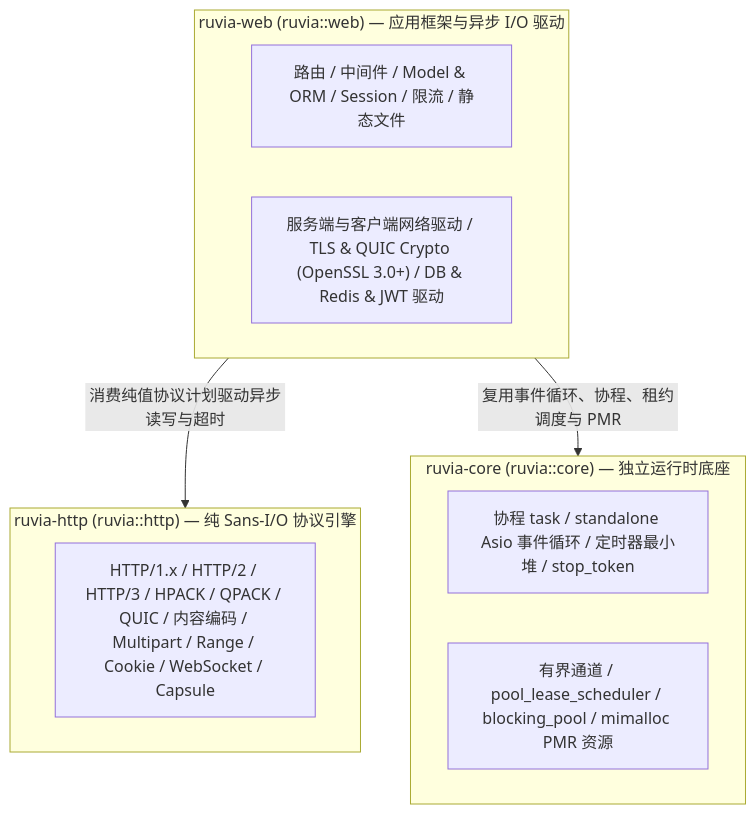
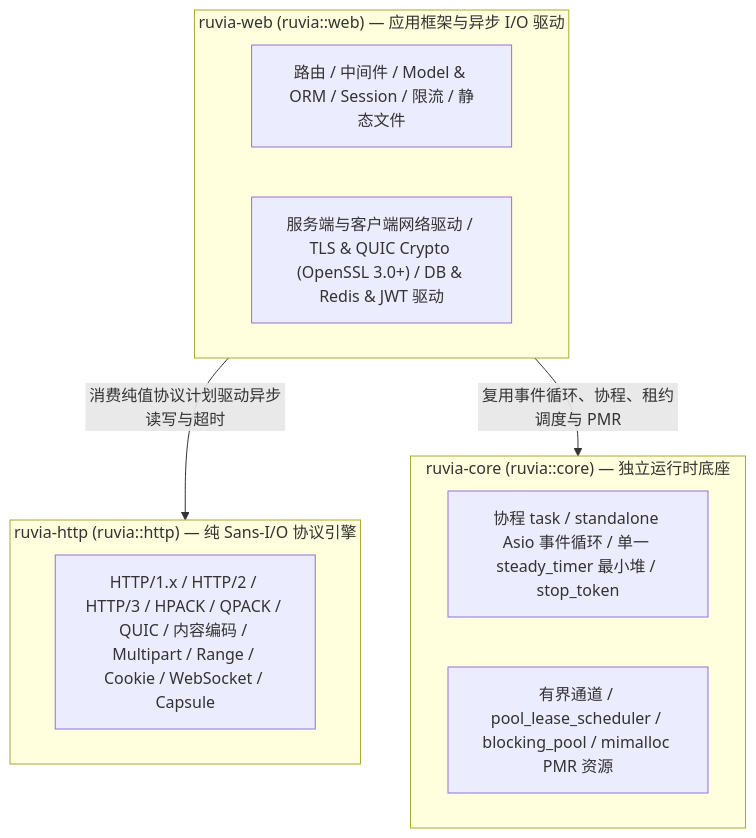
Before and after one commit to hyird/Ruvia: the first of 4 diagrams in AGENTS.md, drawn with Mermaid. The commit also changed other lines of this file, not shown here.

Commit message:
Deduplicate rules and diagram annotations across AGENTS.md

````diff
--- a/AGENTS.md
+++ b/AGENTS.md
@@ -27,17 +25,17 @@
 ```mermaid
 flowchart TB
     subgraph web ["ruvia-web (ruvia::web) — 应用框架与异步 I/O 驱动"]
         w_app["路由 / 中间件 / Model & ORM / Session / 限流 / 静态文件"]
         w_io["服务端与客户端网络驱动 / TLS & QUIC Crypto (OpenSSL 3.0+) / DB & Redis & JWT 驱动"]
     end
     subgraph core ["ruvia-core (ruvia::core) — 独立运行时底座"]
-        c_rt["协程 task / standalone Asio 事件循环 / 定时器最小堆 / stop_token"]
+        c_rt["协程 task / standalone Asio 事件循环 / 单一 steady_timer 最小堆 / stop_token"]
         c_pool["有界通道 / pool_lease_scheduler / blocking_pool / mimalloc PMR 资源"]
     end
     subgraph http ["ruvia-http (ruvia::http) — 纯 Sans-I/O 协议引擎"]
         h_proto["HTTP/1.x / HTTP/2 / HTTP/3 / HPACK / QPACK / QUIC / 内容编码 / Multipart / Range / Cookie / WebSocket / Capsule"]
     end
 
     web -->|"消费纯值协议计划驱动异步读写与超时"| http
     web -->|"复用事件循环、协程、租约调度与 PMR"| core
 ```
````
